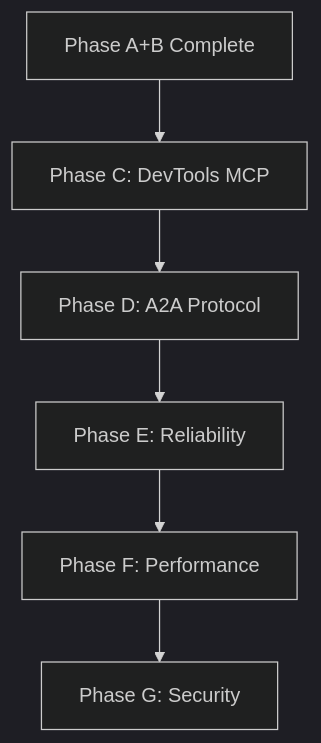
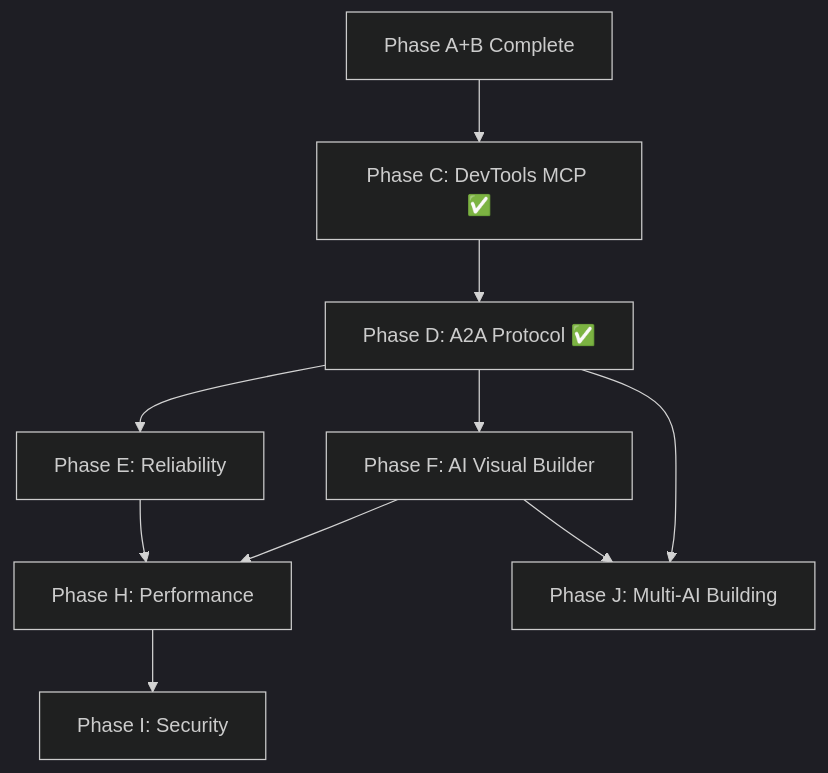
Before and after one commit to tdw419/geometry_os: the diagram in ai_project_management/roadmaps/webmcp-improvement-roadmap.md, drawn with Mermaid (dark theme). The commit also changed other lines of this file and 1 other file, not shown here.

First line of the commit message:
feat(ai-pm): update WebMCP roadmap for Phase F (AI-Driven Visual Builder)

````diff
--- a/ai_project_management/roadmaps/webmcp-improvement-roadmap.md
+++ b/ai_project_management/roadmaps/webmcp-improvement-roadmap.md
@@ -475,8 +579,12 @@
 ```mermaid
 graph TD
-    A[Phase A+B Complete] --> C[Phase C: DevTools MCP]
-    C --> D[Phase D: A2A Protocol]
+    A[Phase A+B Complete] --> C[Phase C: DevTools MCP ✅]
+    C --> D[Phase D: A2A Protocol ✅]
     D --> E[Phase E: Reliability]
-    E --> F[Phase F: Performance]
-    F --> G[Phase G: Security]
+    D --> F[Phase F: AI Visual Builder]
+    F --> H[Phase H: Performance]
+    E --> H
+    H --> I[Phase I: Security]
+    D --> J[Phase J: Multi-AI Building]
+    F --> J
 ```
````
